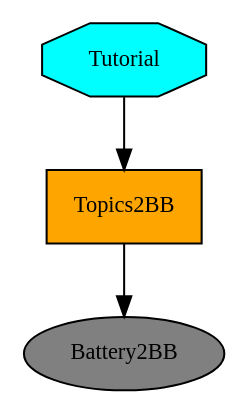
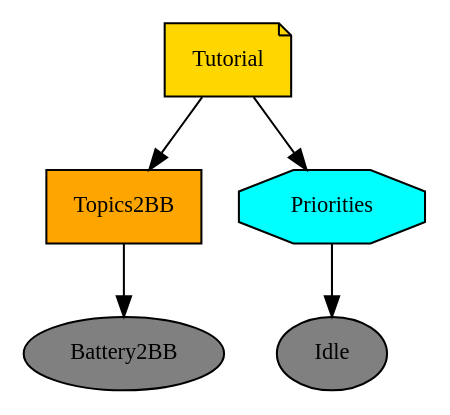
The diagram in doc/dot/tutorial-one.dot (splintered-reality/py_trees_ros), drawn with Graphviz before and after one commit. The commit also changed 21 other files, not shown here.

```diff
--- a/doc/dot/tutorial-one.dot
+++ b/doc/dot/tutorial-one.dot
@@ -1,10 +1,14 @@
 digraph tutorial {
 graph [fontname="times-roman"];
 node [fontname="times-roman"];
 edge [fontname="times-roman"];
-Tutorial [fillcolor=cyan, fontcolor=black, fontsize=11, shape=octagon, style=filled];
+Tutorial [fillcolor=gold, fontcolor=black, fontsize=11, shape=note, style=filled];
 Topics2BB [fillcolor=orange, fontcolor=black, fontsize=11, shape=box, style=filled];
 Tutorial -> Topics2BB;
 Battery2BB [fillcolor=gray, fontcolor=black, fontsize=11, shape=ellipse, style=filled];
 Topics2BB -> Battery2BB;
+Priorities [fillcolor=cyan, fontcolor=black, fontsize=11, shape=octagon, style=filled];
+Tutorial -> Priorities;
+Idle [fillcolor=gray, fontcolor=black, fontsize=11, shape=ellipse, style=filled];
+Priorities -> Idle;
 }
```
